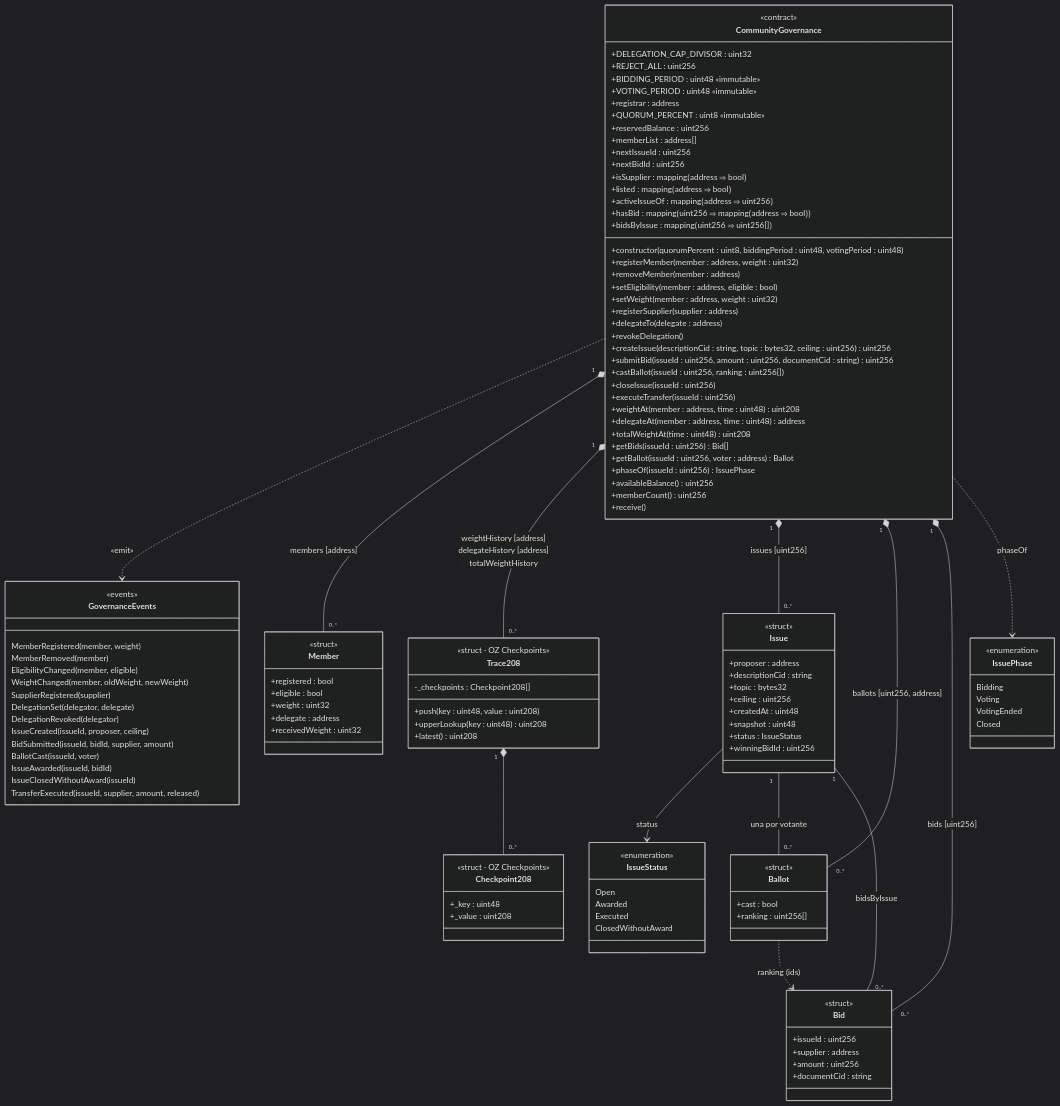
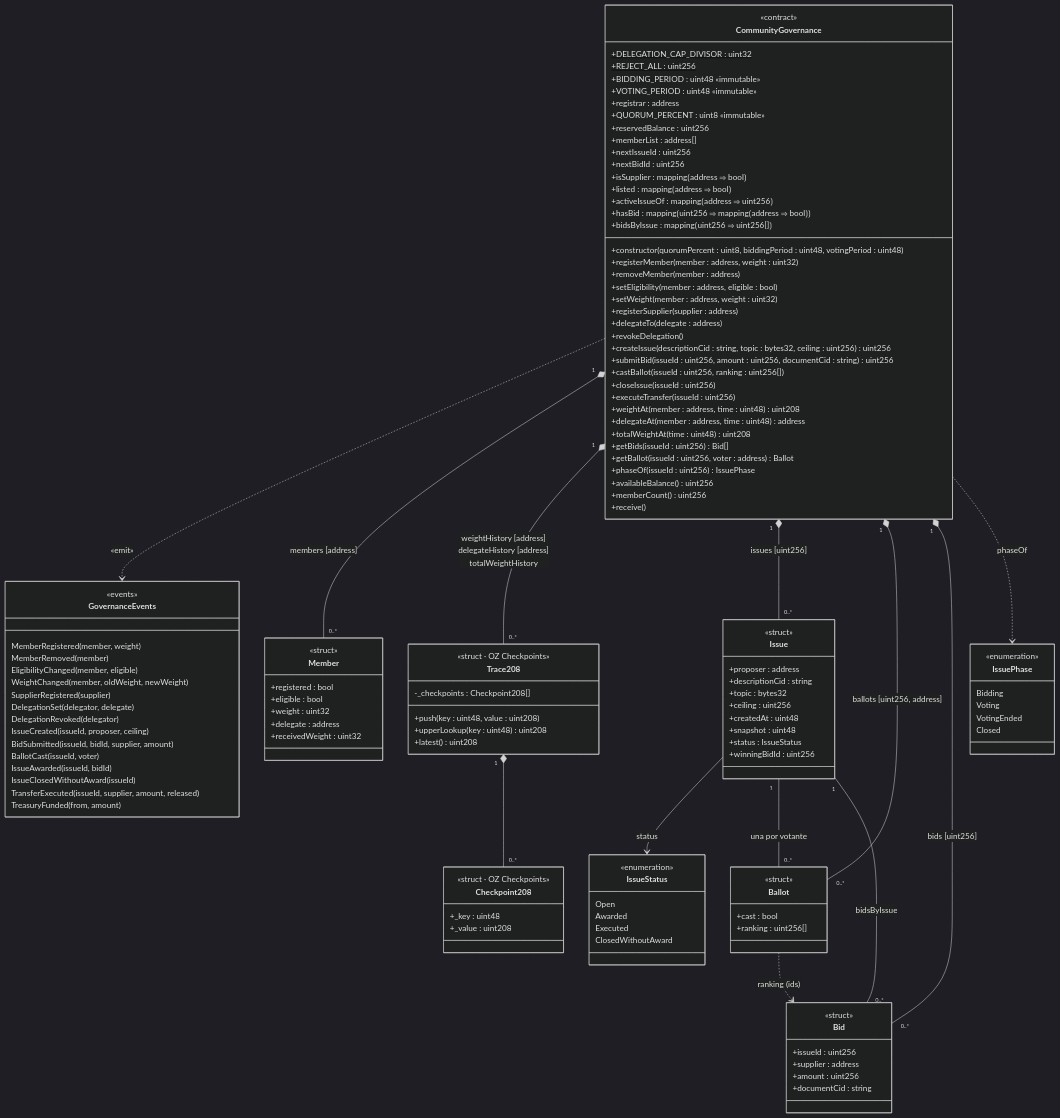
The diagram in docs/diagramas/fig04-class-diagram.mmd (NASQWERTY/thesis), drawn with Mermaid (dark theme) before and after one commit. The commit also changed 7 other files, not shown here.

First line of the commit message:
feat: TreasuryFunded event and consultable history command

```diff
--- a/docs/diagramas/fig04-class-diagram.mmd
+++ b/docs/diagramas/fig04-class-diagram.mmd
@@ -1,138 +1,139 @@
 classDiagram
 direction TB
 
 class CommunityGovernance {
   <<contract>>
   +DELEGATION_CAP_DIVISOR : uint32$
   +REJECT_ALL : uint256$
   +BIDDING_PERIOD : uint48 «immutable»
   +VOTING_PERIOD : uint48 «immutable»
   +registrar : address
   +QUORUM_PERCENT : uint8 «immutable»
   +reservedBalance : uint256
   +memberList : address[]
   +nextIssueId : uint256
   +nextBidId : uint256
   +isSupplier : mapping⟮address ⇒ bool⟯
   +listed : mapping⟮address ⇒ bool⟯
   +activeIssueOf : mapping⟮address ⇒ uint256⟯
   +hasBid : mapping⟮uint256 ⇒ mapping⟮address ⇒ bool⟯⟯
   +bidsByIssue : mapping⟮uint256 ⇒ uint256[]⟯
   +constructor(quorumPercent : uint8, biddingPeriod : uint48, votingPeriod : uint48)
   +registerMember(member : address, weight : uint32)
   +removeMember(member : address)
   +setEligibility(member : address, eligible : bool)
   +setWeight(member : address, weight : uint32)
   +registerSupplier(supplier : address)
   +delegateTo(delegate : address)
   +revokeDelegation()
   +createIssue(descriptionCid : string, topic : bytes32, ceiling : uint256) uint256
   +submitBid(issueId : uint256, amount : uint256, documentCid : string) uint256
   +castBallot(issueId : uint256, ranking : uint256[])
   +closeIssue(issueId : uint256)
   +executeTransfer(issueId : uint256)
   +weightAt(member : address, time : uint48) uint208
   +delegateAt(member : address, time : uint48) address
   +totalWeightAt(time : uint48) uint208
   +getBids(issueId : uint256) Bid[]
   +getBallot(issueId : uint256, voter : address) Ballot
   +phaseOf(issueId : uint256) IssuePhase
   +availableBalance() uint256
   +memberCount() uint256
   +receive()
 }
 
 class GovernanceEvents {
   <<events>>
   MemberRegistered(member, weight)
   MemberRemoved(member)
   EligibilityChanged(member, eligible)
   WeightChanged(member, oldWeight, newWeight)
   SupplierRegistered(supplier)
   DelegationSet(delegator, delegate)
   DelegationRevoked(delegator)
   IssueCreated(issueId, proposer, ceiling)
   BidSubmitted(issueId, bidId, supplier, amount)
   BallotCast(issueId, voter)
   IssueAwarded(issueId, bidId)
   IssueClosedWithoutAward(issueId)
   TransferExecuted(issueId, supplier, amount, released)
+  TreasuryFunded(from, amount)
 }
 
 class Member {
   <<struct>>
   +registered : bool
   +eligible : bool
   +weight : uint32
   +delegate : address
   +receivedWeight : uint32
 }
 
 class Trace208 {
   <<struct · OZ Checkpoints>>
   -_checkpoints : Checkpoint208[]
   +push(key : uint48, value : uint208)
   +upperLookup(key : uint48) uint208
   +latest() uint208
 }
 
 class Checkpoint208 {
   <<struct · OZ Checkpoints>>
   +_key : uint48
   +_value : uint208
 }
 
 class Issue {
   <<struct>>
   +proposer : address
   +descriptionCid : string
   +topic : bytes32
   +ceiling : uint256
   +createdAt : uint48
   +snapshot : uint48
   +status : IssueStatus
   +winningBidId : uint256
 }
 
 class IssueStatus {
   <<enumeration>>
   Open
   Awarded
   Executed
   ClosedWithoutAward
 }
 
 class IssuePhase {
   <<enumeration>>
   Bidding
   Voting
   VotingEnded
   Closed
 }
 
 class Ballot {
   <<struct>>
   +cast : bool
   +ranking : uint256[]
 }
 
 class Bid {
   <<struct>>
   +issueId : uint256
   +supplier : address
   +amount : uint256
   +documentCid : string
 }
 
 CommunityGovernance ..> GovernanceEvents : «emit»
 CommunityGovernance "1" *-- "0..*" Member : members [address]
 CommunityGovernance "1" *-- "0..*" Trace208 : weightHistory [address]<br>delegateHistory [address]<br>totalWeightHistory
 CommunityGovernance "1" *-- "0..*" Issue : issues [uint256]
 CommunityGovernance "1" *-- "0..*" Ballot : ballots [uint256, address]
 CommunityGovernance "1" *-- "0..*" Bid : bids [uint256]
 CommunityGovernance ..> IssuePhase : phaseOf
 Trace208 "1" *-- "0..*" Checkpoint208
 Issue --> IssueStatus : status
 Issue "1" -- "0..*" Ballot : una por votante
 Issue "1" -- "0..*" Bid : bidsByIssue
 Ballot ..> Bid : ranking (ids)
```
